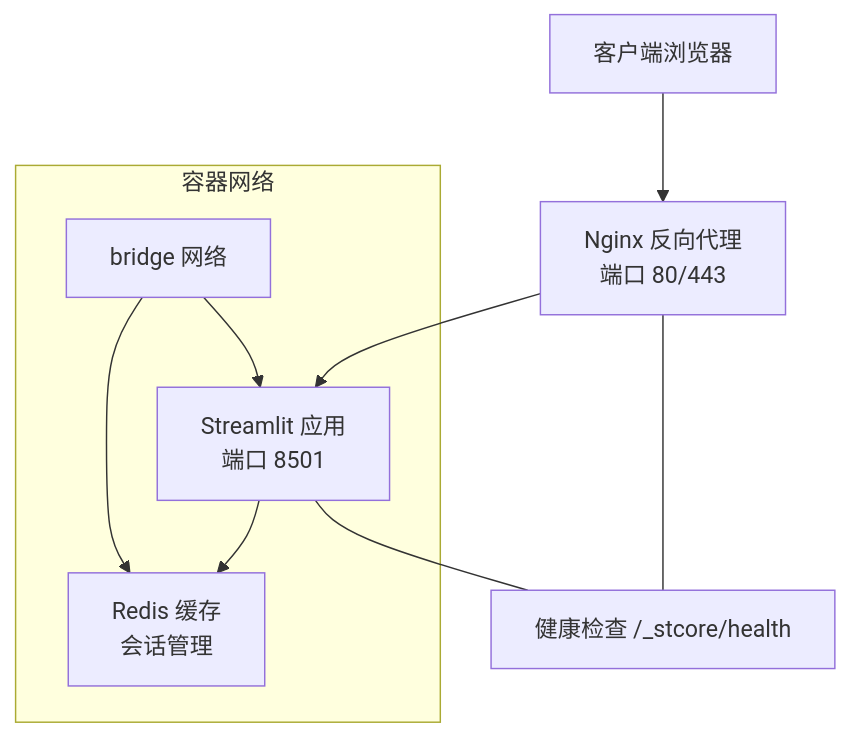
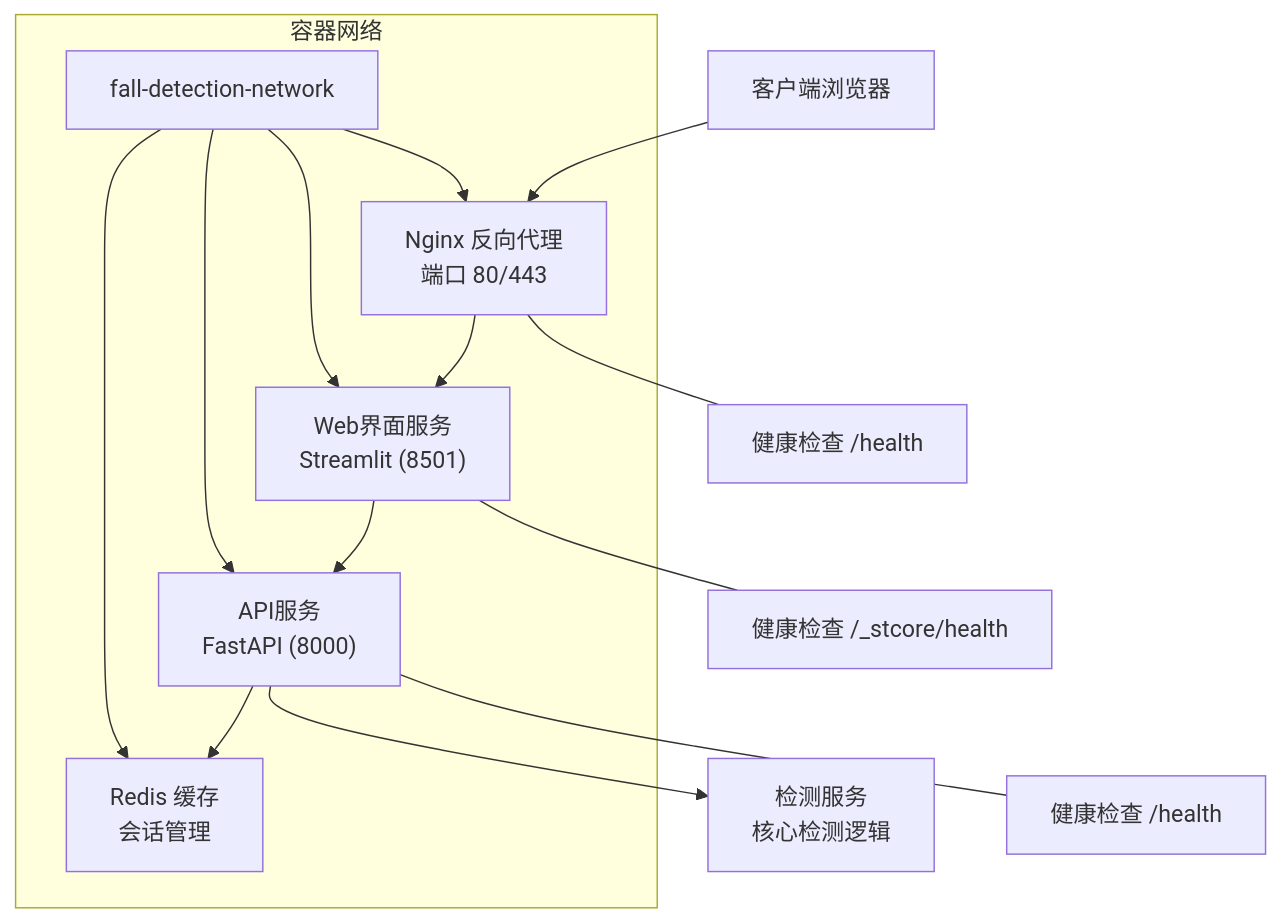
The second of 11 diagrams in .qoder/repowiki/zh/content/部署与运维/部署与运维.md (nanfeng2021/fall-detection-system), drawn with Mermaid before and after one commit. The commit also changed other lines of this file and 16 other files, not shown here.

````diff
--- a/.qoder/repowiki/zh/content/部署与运维/部署与运维.md
+++ b/.qoder/repowiki/zh/content/部署与运维/部署与运维.md
@@ -112,13 +148,18 @@
 ```mermaid
 graph TB
 Client["客户端浏览器"] --> Nginx["Nginx 反向代理<br/>端口 80/443"]
-Nginx --> Streamlit["Streamlit 应用<br/>端口 8501"]
-Streamlit --> Redis["Redis 缓存<br/>会话管理"]
+Nginx --> Web["Web界面服务<br/>Streamlit (8501)"]
+Web --> API["API服务<br/>FastAPI (8000)"]
+API --> Detect["检测服务<br/>核心检测逻辑"]
+API --> Redis["Redis 缓存<br/>会话管理"]
 subgraph "容器网络"
-Net["bridge 网络"]
-Net --> Streamlit
+Net["fall-detection-network"]
+Net --> Web
+Net --> API
 Net --> Redis
+Net --> Nginx
 end
-Streamlit --- Health["健康检查 /_stcore/health"]
-Nginx --- Health
+Web --- Health1["健康检查 /_stcore/health"]
+API --- Health2["健康检查 /health"]
+Nginx --- Health3["健康检查 /health"]
 ```
````
